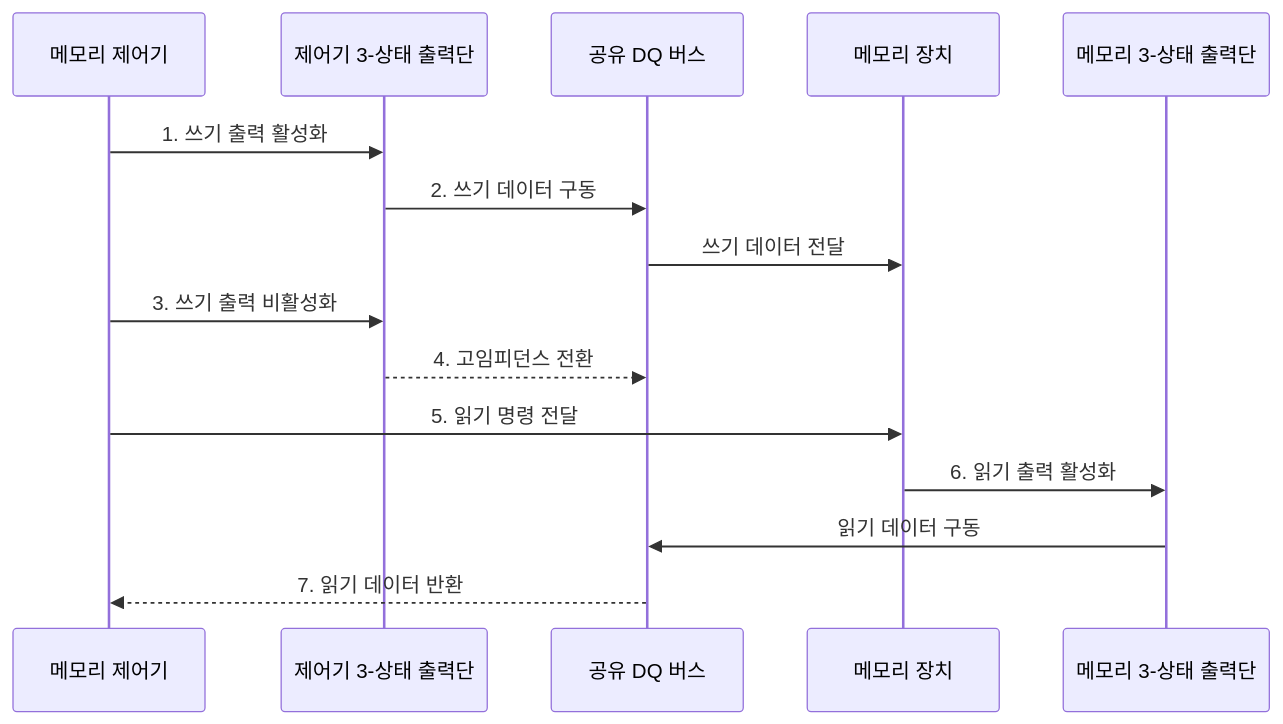
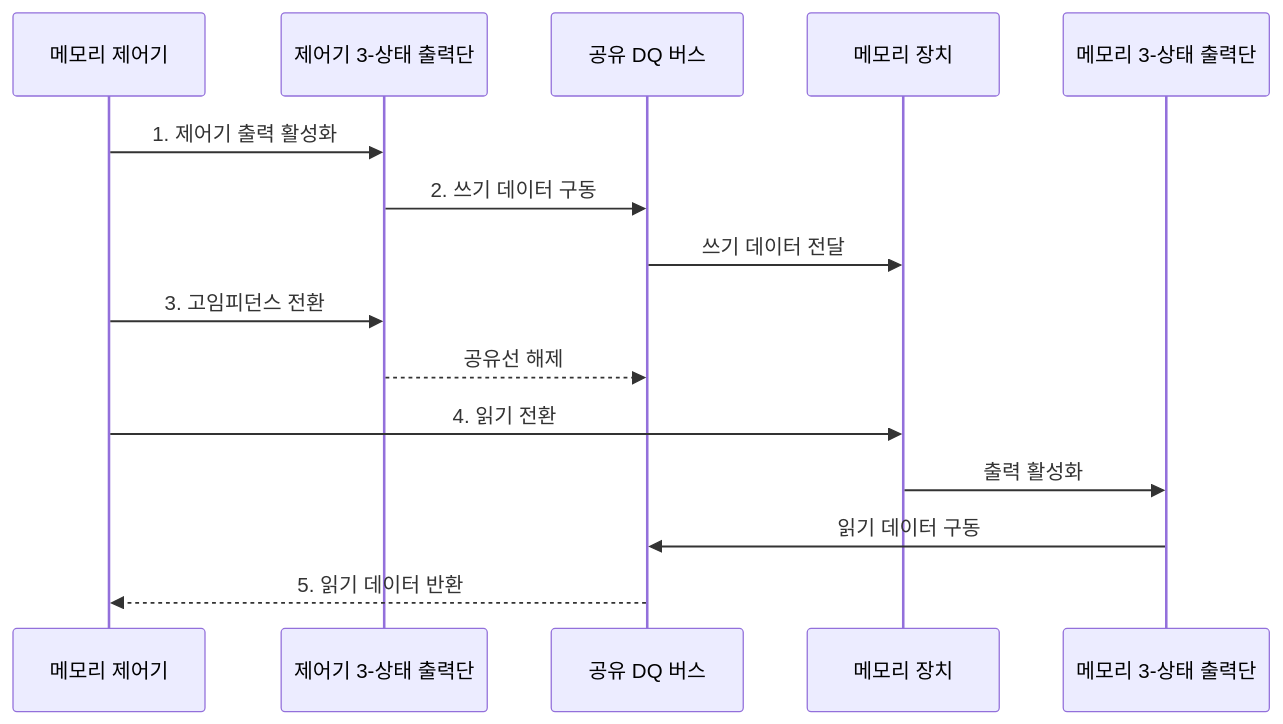
The second of 2 diagrams in src/content/docs/notes/02-hardware/037_tri_state_buffer.md (agnusdei1207/knowledge-base), drawn with Mermaid before and after one commit. The commit also changed other lines of this file and 86 other files, not shown here.

````diff
--- a/src/content/docs/notes/02-hardware/037_tri_state_buffer.md
+++ b/src/content/docs/notes/02-hardware/037_tri_state_buffer.md
@@ -83,18 +83,18 @@
 ```mermaid
 sequenceDiagram
     participant C as 메모리 제어기
     participant TC as 제어기 3-상태 출력단
     participant B as 공유 DQ 버스
     participant M as 메모리 장치
     participant TM as 메모리 3-상태 출력단
 
-    C->>TC: 1. 쓰기 출력 활성화
+    C->>TC: 1. 제어기 출력 활성화
     TC->>B: 2. 쓰기 데이터 구동
     B->>M: 쓰기 데이터 전달
-    C->>TC: 3. 쓰기 출력 비활성화
-    TC-->>B: 4. 고임피던스 전환
-    C->>M: 5. 읽기 명령 전달
-    M->>TM: 6. 읽기 출력 활성화
+    C->>TC: 3. 고임피던스 전환
+    TC-->>B: 공유선 해제
+    C->>M: 4. 읽기 전환
+    M->>TM: 출력 활성화
     TM->>B: 읽기 데이터 구동
-    B-->>C: 7. 읽기 데이터 반환
+    B-->>C: 5. 읽기 데이터 반환
 ```
````
